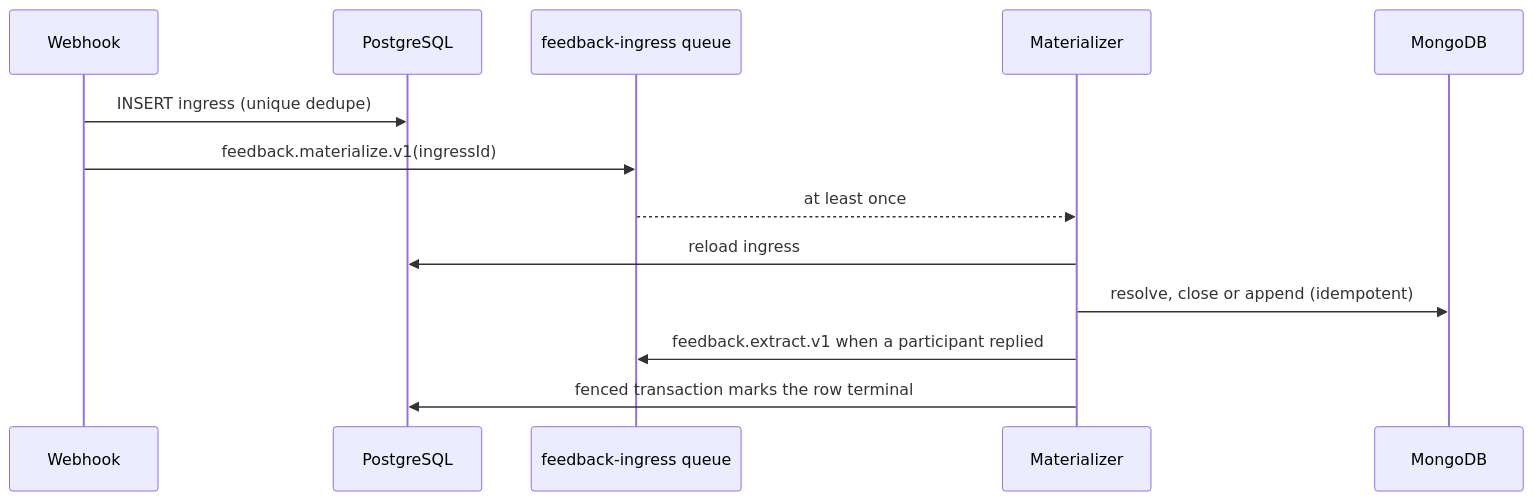
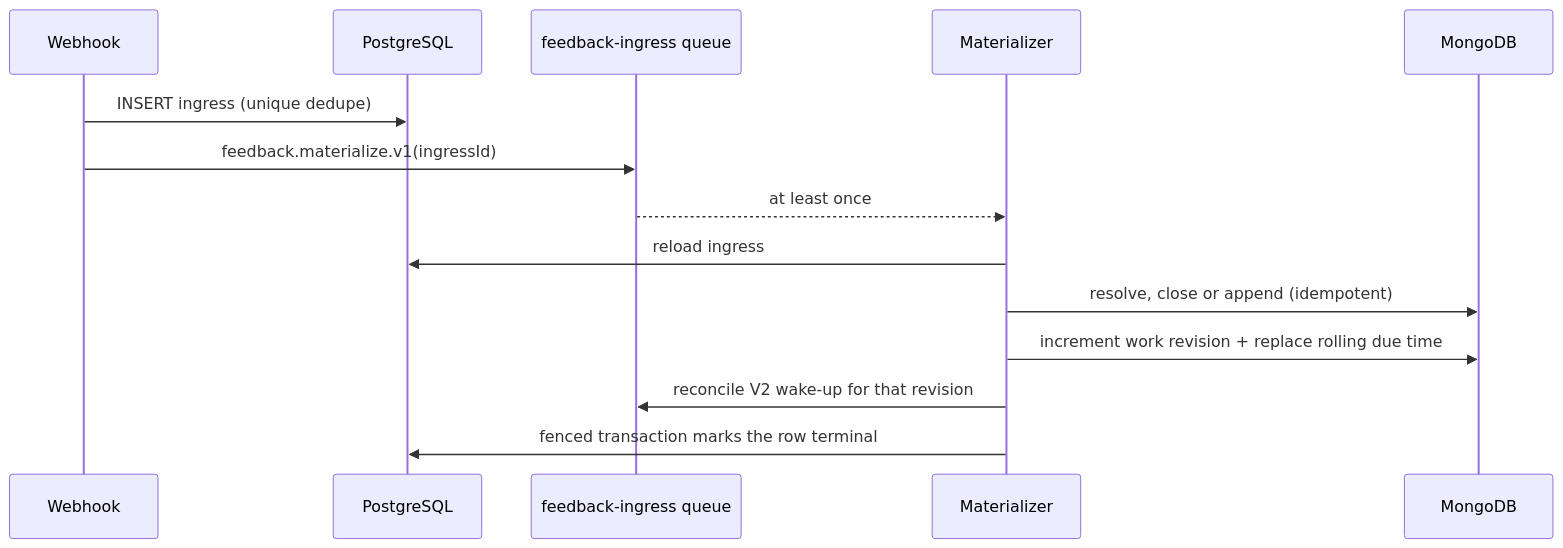
The third of 5 diagrams in docs/backend/modules/post-event-feedback.md (johnakisk0700/slopform), drawn with Mermaid before and after one commit. The commit also changed other lines of this file and 226 other files, not shown here.

````diff
--- a/docs/backend/modules/post-event-feedback.md
+++ b/docs/backend/modules/post-event-feedback.md
@@ -1688,16 +1801,17 @@
 ```mermaid
 sequenceDiagram
   participant Hook as Webhook
   participant PG as PostgreSQL
   participant Queue as feedback-ingress queue
   participant Worker as Materializer
   participant Mongo as MongoDB
 
   Hook->>PG: INSERT ingress (unique dedupe)
   Hook->>Queue: feedback.materialize.v1(ingressId)
   Queue-->>Worker: at least once
   Worker->>PG: reload ingress
   Worker->>Mongo: resolve, close or append (idempotent)
-  Worker->>Queue: feedback.extract.v1 when a participant replied
+  Worker->>Mongo: increment work revision + replace rolling due time
+  Worker->>Queue: reconcile V2 wake-up for that revision
   Worker->>PG: fenced transaction marks the row terminal
 ```
````
